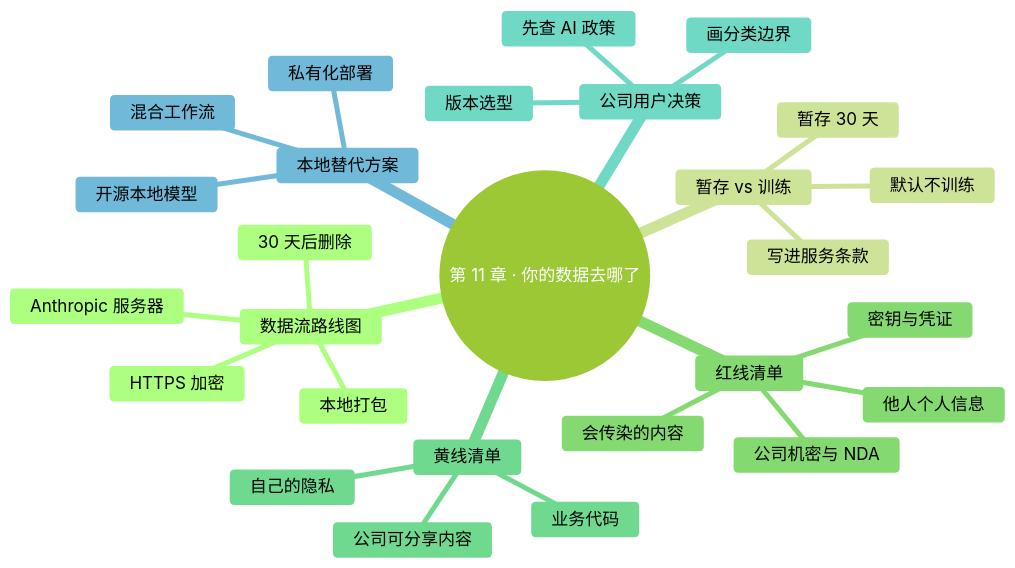
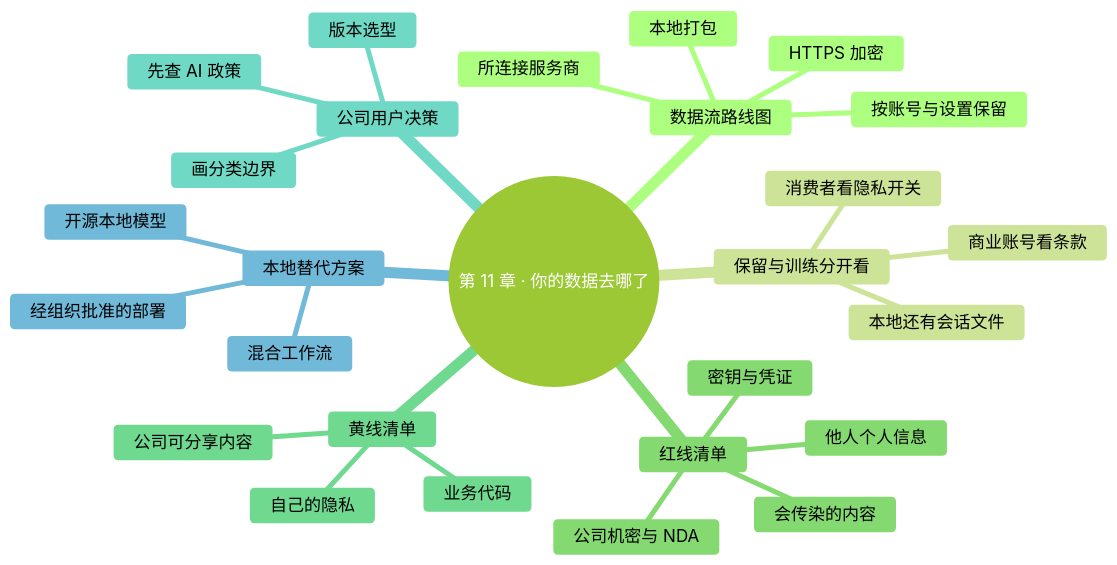
The diagram in manuscript/part3-深度概念/11-你的数据去哪了.md (mali9527/claude-code-full-guide-for-beginners), drawn with Mermaid before and after one commit. The commit also changed other lines of this file and 130 other files, not shown here.

````diff
--- a/manuscript/part3-深度概念/11-你的数据去哪了.md
+++ b/manuscript/part3-深度概念/11-你的数据去哪了.md
@@ -20,38 +22,38 @@
 ```mermaid
 ---
 config:
   theme: forest
   themeVariables:
     fontFamily: "-apple-system, 'SF Pro Text', 'PingFang SC', 'Helvetica Neue', sans-serif"
     fontSize: "17px"
     lineColor: "#D9D9D9"
 ---
 mindmap
   root((第 11 章 · 你的数据去哪了))
     数据流路线图
       本地打包
       HTTPS 加密
-      Anthropic 服务器
-      30 天后删除
-    暂存 vs 训练
-      暂存 30 天
-      默认不训练
-      写进服务条款
+      所连接服务商
+      按账号与设置保留
+    保留与训练分开看
+      消费者看隐私开关
+      商业账号看条款
+      本地还有会话文件
     红线清单
       密钥与凭证
       他人个人信息
       公司机密与 NDA
       会传染的内容
     黄线清单
       自己的隐私
       公司可分享内容
       业务代码
     公司用户决策
       先查 AI 政策
       版本选型
       画分类边界
     本地替代方案
       开源本地模型
       混合工作流
-      私有化部署
+      经组织批准的部署
 ```
````
